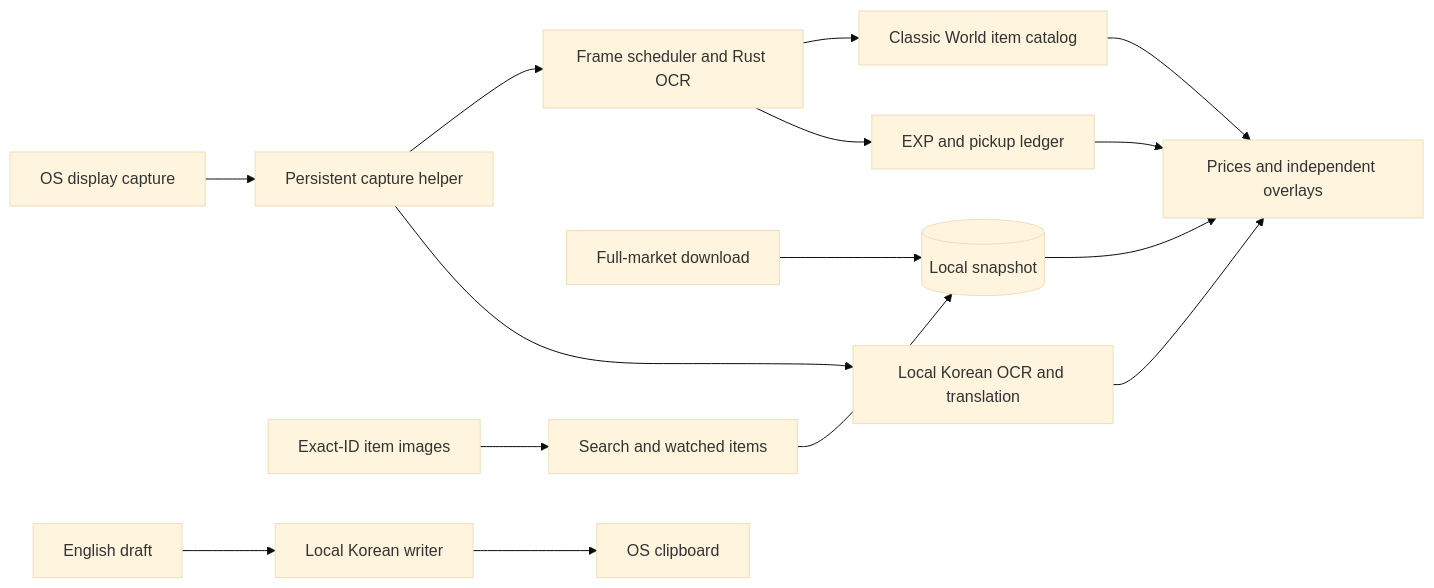
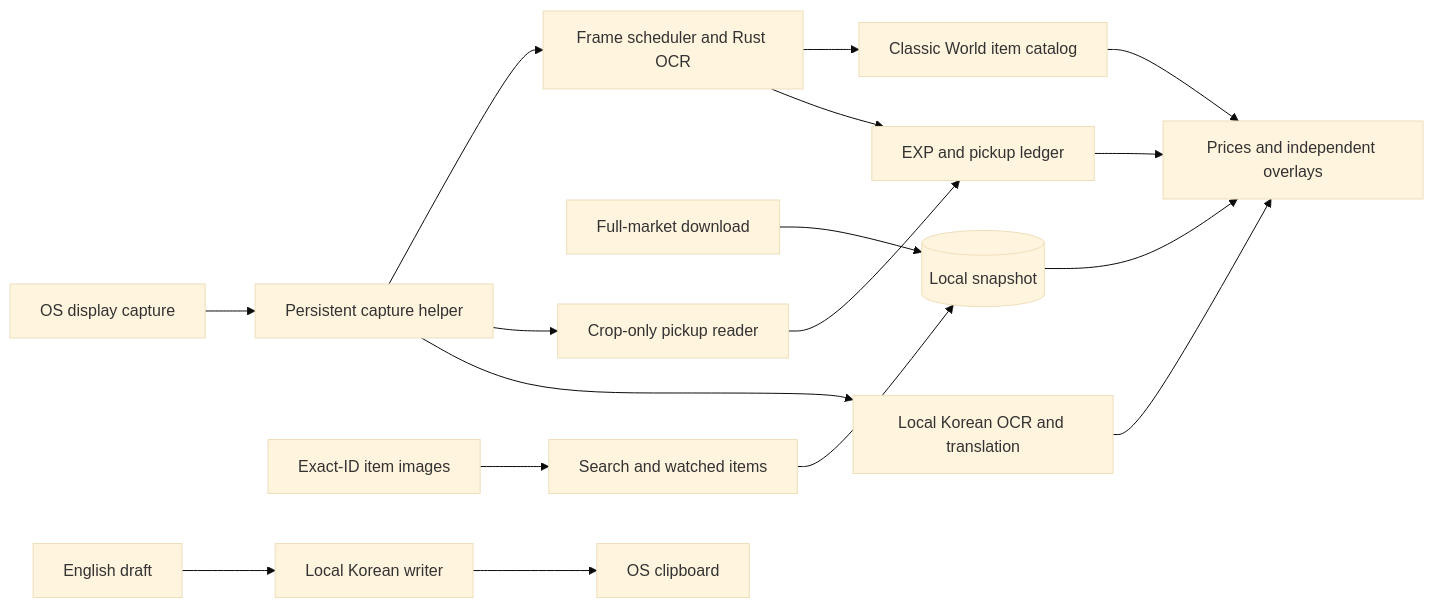
One commit to zhuffman68/classic-price-lens changed the diagram in ARCHITECTURE.md. Above: the diagram before and after it, drawn with Mermaid (base theme). The commit also changed other lines of this file and 29 other files, not shown here.

````diff
--- a/ARCHITECTURE.md
+++ b/ARCHITECTURE.md
@@ -13,17 +13,19 @@
 ```mermaid
 flowchart LR
     OS[OS display capture] --> Stream[Persistent capture helper]
     Stream --> Reader[Frame scheduler and Rust OCR]
     Reader --> Identity[Classic World item catalog]
     Identity --> UI[Prices and independent overlays]
     Snapshot[Full-market download] --> Cache[(Local snapshot)]
     Cache --> UI
     Search[Search and watched items] --> Cache
     Images[Exact-ID item images] --> Search
     Reader --> Tracking[EXP and pickup ledger]
+    Stream --> Pickups[Crop-only pickup reader]
+    Pickups --> Tracking
     Tracking --> UI
     Stream --> Translate[Local Korean OCR and translation]
     Translate --> UI
     Draft[English draft] --> Writer[Local Korean writer]
     Writer --> Clipboard[OS clipboard]
 ```
````
